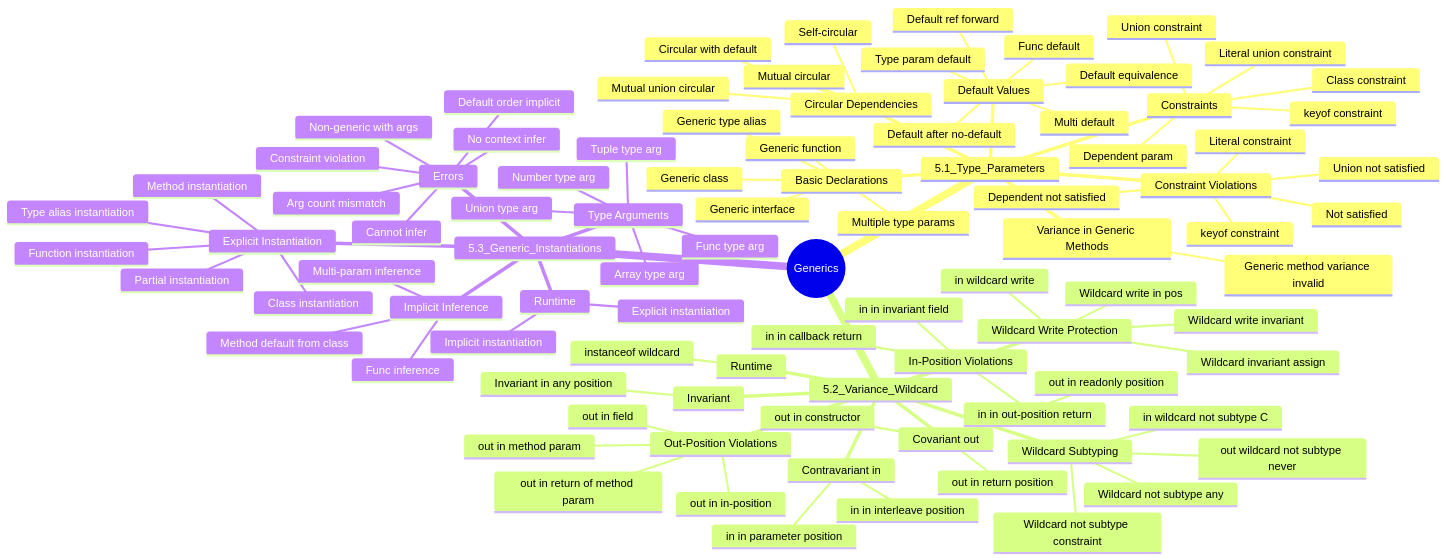
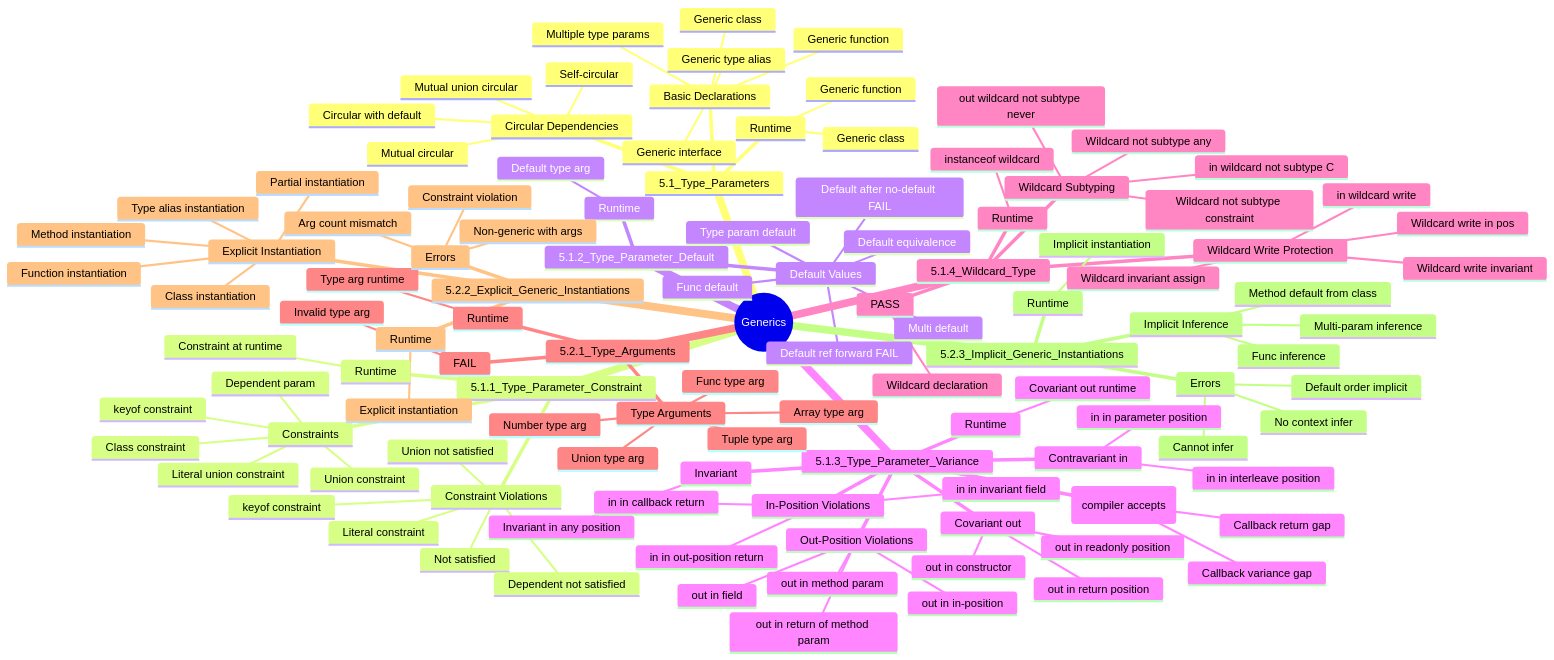
The diagram in 05_Generics/test_design_mindmap.md (XHL0320/arkts-static-spec), drawn with Mermaid before and after one commit. The commit also changed other lines of this file and 333 other files, not shown here.

````diff
--- a/05_Generics/test_design_mindmap.md
+++ b/05_Generics/test_design_mindmap.md
@@ -10,6 +10,15 @@
         Generic function
         Generic type alias
         Multiple type params
+      Circular Dependencies
+        Self-circular
+        Mutual circular
+        Mutual union circular
+        Circular with default
+      Runtime
+        Generic class
+        Generic function
+    5.1.1_Type_Parameter_Constraint
       Constraints
         Class constraint
         Union constraint
@@ -22,21 +31,19 @@
         Literal constraint
         keyof constraint
         Dependent not satisfied
-      Circular Dependencies
-        Self-circular
-        Mutual circular
-        Mutual union circular
-        Circular with default
+      Runtime
+        Constraint at runtime
+    5.1.2_Type_Parameter_Default
       Default Values
         Type param default
         Multi default
         Func default
         Default equivalence
-        Default after no-default
-        Default ref forward
-      Variance in Generic Methods
-        Generic method variance invalid
-    5.2_Variance_Wildcard
+        Default after no-default FAIL
+        Default ref forward FAIL
+      Runtime
+        Default type arg
+    5.1.3_Type_Parameter_Variance
       Covariant out
         out in return position
         out in readonly position
@@ -55,6 +62,12 @@
         in in out-position return
         in in invariant field
         in in callback return
+      GAP (compiler accepts)
+        Callback variance gap
+        Callback return gap
+      Runtime
+        Covariant out runtime
+    5.1.4_Wildcard_Type
       Wildcard Subtyping
         Wildcard not subtype any
         Wildcard not subtype constraint
@@ -65,33 +78,43 @@
         Wildcard write invariant
         in wildcard write
         Wildcard invariant assign
+      PASS
+        Wildcard declaration
       Runtime
         instanceof wildcard
-    5.3_Generic_Instantiations
+    5.2.1_Type_Arguments
+      Type Arguments
+        Number type arg
+        Union type arg
+        Array type arg
+        Tuple type arg
+        Func type arg
+      FAIL
+        Invalid type arg
+      Runtime
+        Type arg runtime
+    5.2.2_Explicit_Generic_Instantiations
       Explicit Instantiation
         Class instantiation
         Method instantiation
         Function instantiation
         Type alias instantiation
         Partial instantiation
-      Type Arguments
-        Number type arg
-        Union type arg
-        Array type arg
-        Tuple type arg
-        Func type arg
+      Errors
+        Non-generic with args
+        Arg count mismatch
+        Constraint violation
+      Runtime
+        Explicit instantiation
+    5.2.3_Implicit_Generic_Instantiations
       Implicit Inference
         Func inference
         Multi-param inference
         Method default from class
       Errors
-        Non-generic with args
-        Arg count mismatch
-        Constraint violation
         Cannot infer
         No context infer
         Default order implicit
       Runtime
-        Explicit instantiation
         Implicit instantiation
 ```
````
